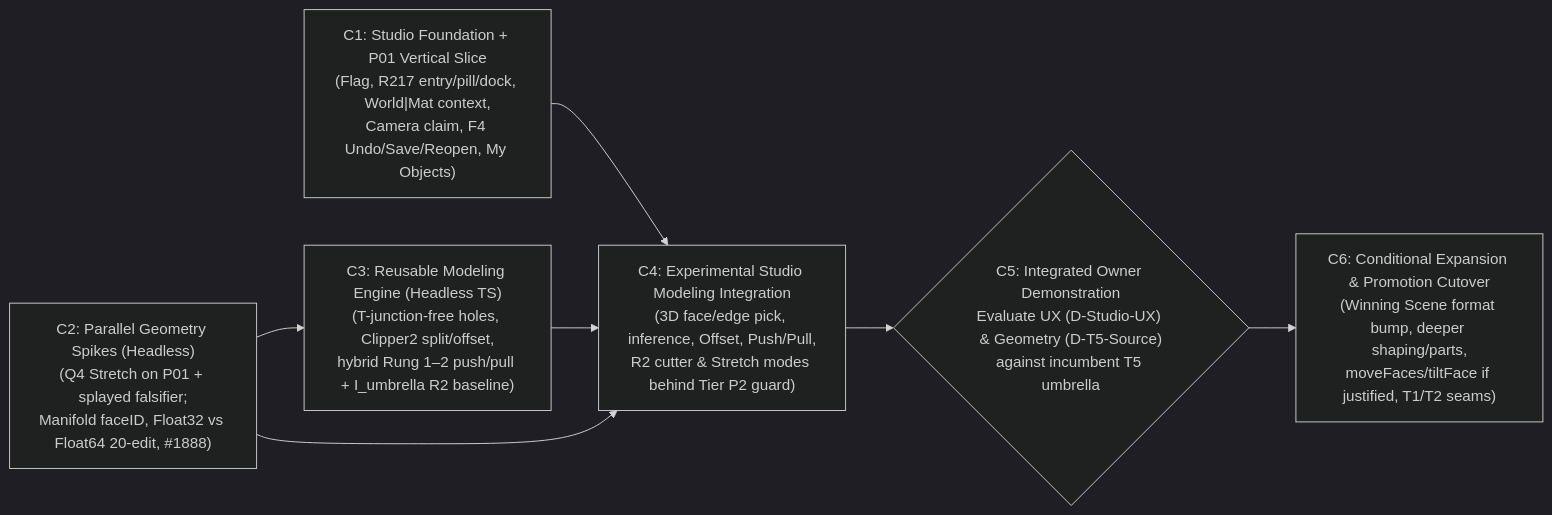
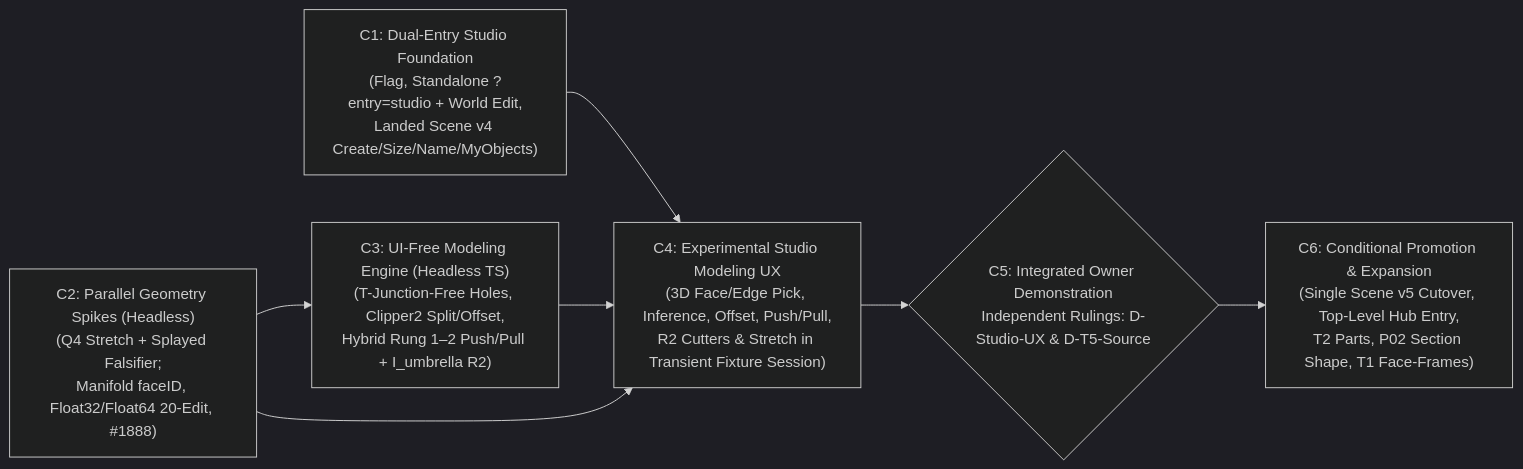
Before and after one commit to Biskiq/spatial-sketch-editor: the second of 2 diagrams in broad-research/native-modeling-freedom/PROPOSAL.md, drawn with Mermaid (dark theme). The commit also changed other lines of this file and 1 other file, not shown here.

Commit message:
Revise PR #266 for dual-entry Object Studio and tightened C1-C6 scope

````diff
--- a/broad-research/native-modeling-freedom/PROPOSAL.md
+++ b/broad-research/native-modeling-freedom/PROPOSAL.md
@@ -119,13 +135,13 @@
 ```mermaid
 flowchart LR
-  C1["C1: Studio Foundation + P01 Vertical Slice\n(Flag, R217 entry/pill/dock, World|Mat context,\nCamera claim, F4 Undo/Save/Reopen, My Objects)"]
-  C2["C2: Parallel Geometry Spikes (Headless)\n(Q4 Stretch on P01 + splayed falsifier;\nManifold faceID, Float32 vs Float64 20-edit, #1888)"]
-  C3["C3: Reusable Modeling Engine (Headless TS)\n(T-junction-free holes, Clipper2 split/offset,\nhybrid Rung 1–2 push/pull + I_umbrella R2 baseline)"]
-  C4["C4: Experimental Studio Modeling Integration\n(3D face/edge pick, inference, Offset, Push/Pull,\nR2 cutter & Stretch modes behind Tier P2 guard)"]
-  C5{"C5: Integrated Owner Demonstration\nEvaluate UX (D-Studio-UX) & Geometry (D-T5-Source)\nagainst incumbent T5 umbrella"}
-  C6["C6: Conditional Expansion & Promotion Cutover\n(Winning Scene format bump, deeper shaping/parts,\nmoveFaces/tiltFace if justified, T1/T2 seams)"]
+  C1["C1: Dual-Entry Studio Foundation\n(Flag, Standalone ?entry=studio + World Edit,\nLanded Scene v4 Create/Size/Name/MyObjects)"]
+  C2["C2: Parallel Geometry Spikes (Headless)\n(Q4 Stretch + Splayed Falsifier;\nManifold faceID, Float32/Float64 20-Edit, #1888)"]
+  C3["C3: UI-Free Modeling Engine (Headless TS)\n(T-Junction-Free Holes, Clipper2 Split/Offset,\nHybrid Rung 1–2 Push/Pull + I_umbrella R2)"]
+  C4["C4: Experimental Studio Modeling UX\n(3D Face/Edge Pick, Inference, Offset, Push/Pull,\nR2 Cutters & Stretch in Transient Fixture Session)"]
+  C5{"C5: Integrated Owner Demonstration\nIndependent Rulings: D-Studio-UX & D-T5-Source"}
+  C6["C6: Conditional Promotion & Expansion\n(Single Scene v5 Cutover, Top-Level Hub Entry,\nT2 Parts, P02 Section Shape, T1 Face-Frames)"]
 
   C1 --> C4
   C2 --> C3 --> C4 --> C5 --> C6
   C2 --> C4
 ```
````
